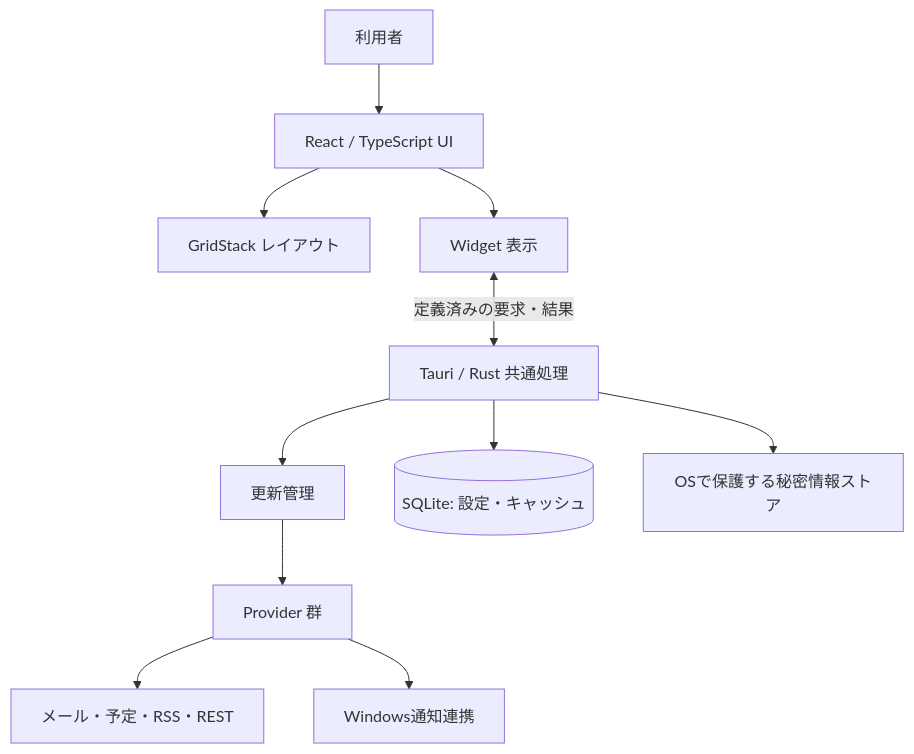
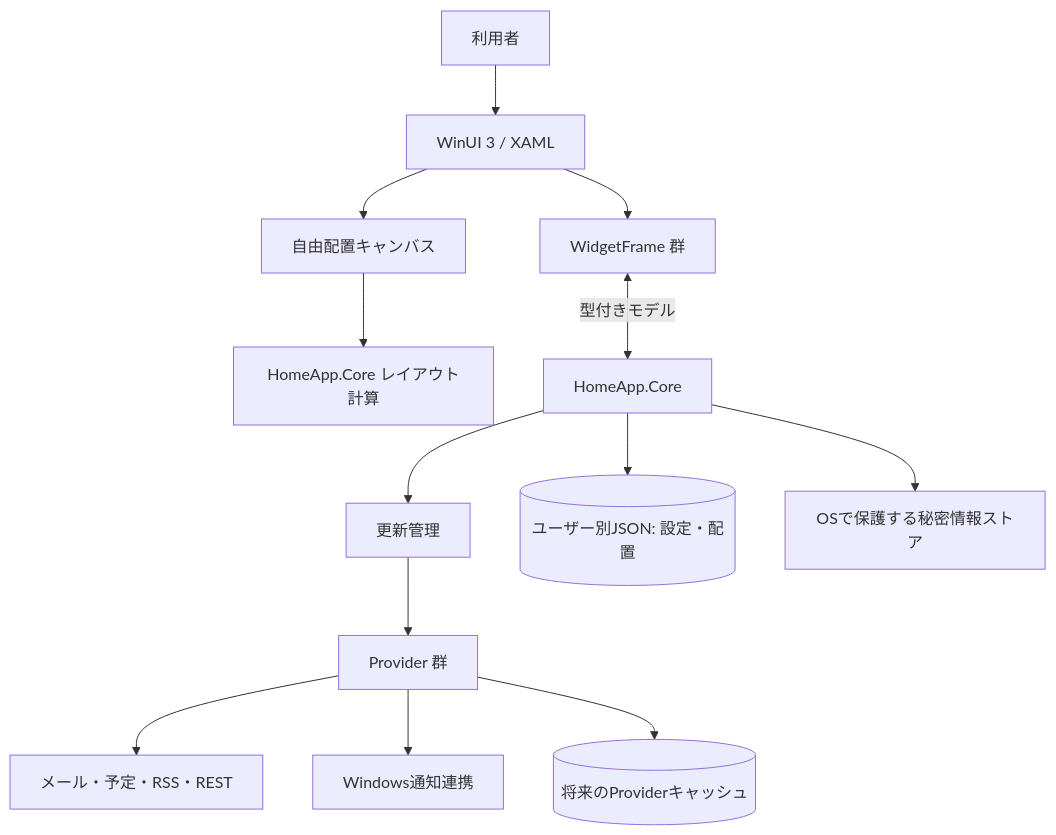
One commit to tsunyan/homeapp changed the diagram in docs/specification-draft.md. Above: the diagram before and after it, drawn with Mermaid. The commit also changed other lines of this file and 1 other file, not shown here.

First line of the commit message:
docs: align the specification with live widget support

````diff
--- a/docs/specification-draft.md
+++ b/docs/specification-draft.md
@@ -326,13 +328,15 @@
 ```mermaid
 flowchart TB
-  User[利用者] --> UI[React / TypeScript UI]
-  UI --> Layout[GridStack レイアウト]
-  UI --> Widgets[Widget 表示]
-  Widgets <-->|定義済みの要求・結果| Core[Tauri / Rust 共通処理]
+  User[利用者] --> UI[WinUI 3 / XAML]
+  UI --> Canvas[自由配置キャンバス]
+  UI --> Widgets[WidgetFrame 群]
+  Canvas --> Layout[HomeApp.Core レイアウト計算]
+  Widgets <-->|型付きモデル| Core[HomeApp.Core]
   Core --> Scheduler[更新管理]
   Scheduler --> Providers[Provider 群]
   Providers --> Services[メール・予定・RSS・REST]
   Providers --> Native[Windows通知連携]
-  Core --> DB[(SQLite: 設定・キャッシュ)]
+  Core --> Store[(ユーザー別JSON: 設定・配置)]
+  Providers --> Cache[(将来のProviderキャッシュ)]
   Core --> Secrets[OSで保護する秘密情報ストア]
 ```
````
